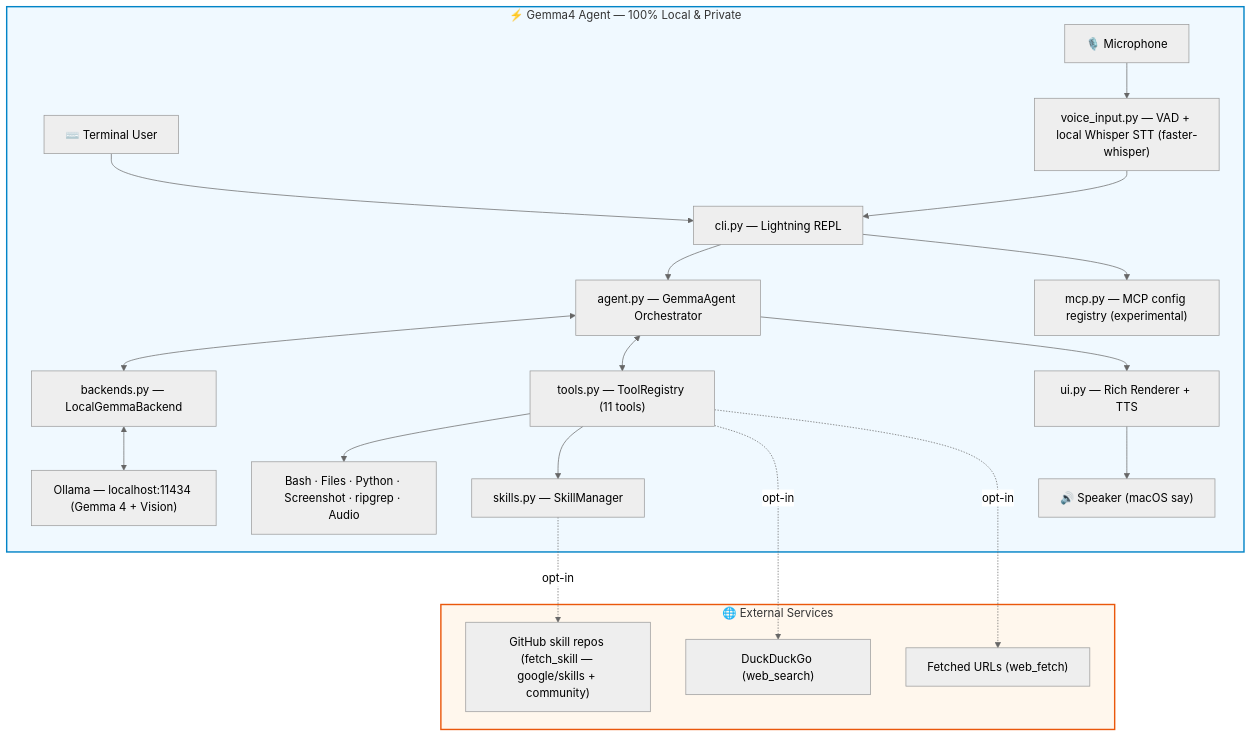
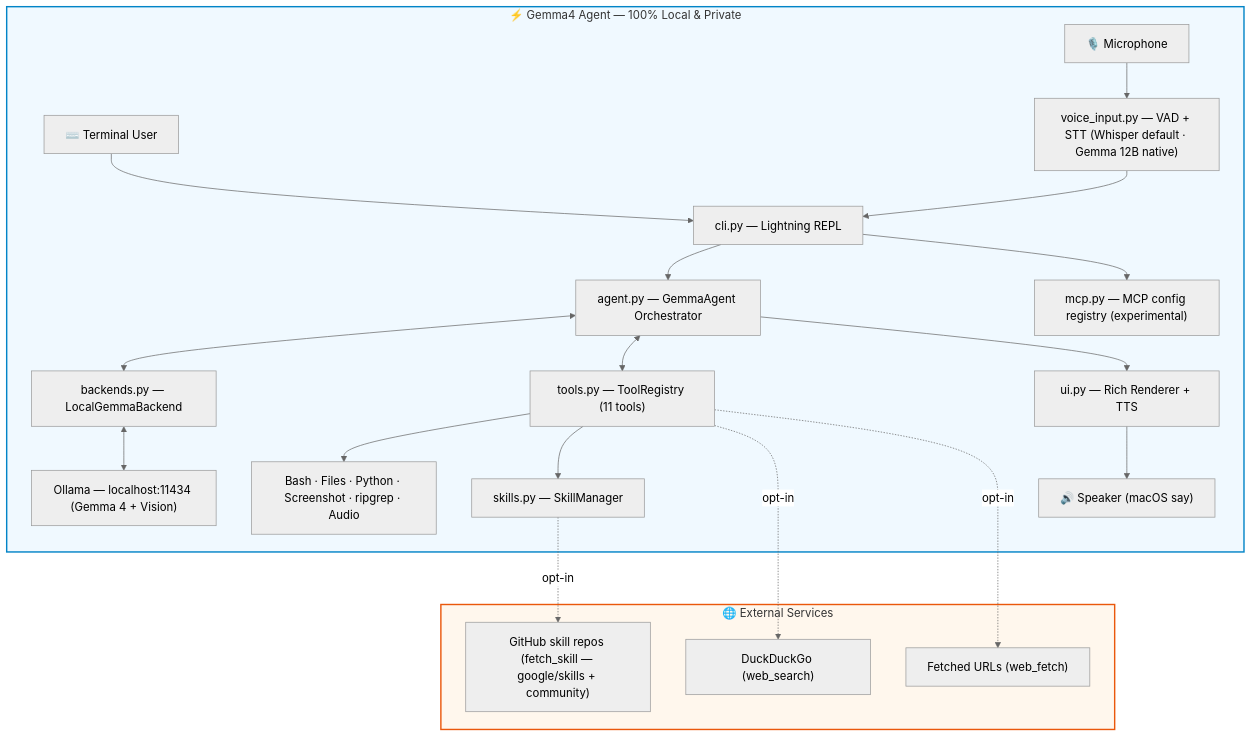
The diagram in README.md (arjunprabhulal/gemma4-agent), drawn with Mermaid before and after one commit. The commit also changed other lines of this file and 1 other file, not shown here.

Commit message:
docs: voice engine pairing guidance across README, diagram, and changelog

````diff
--- a/README.md
+++ b/README.md
@@ -186,28 +186,28 @@
 ```mermaid
 %%{init: {'theme': 'neutral'}}%%
 graph TD
     subgraph LOCAL["⚡ Gemma4 Agent — 100% Local & Private"]
         User["⌨️ Terminal User"] --> CLI["cli.py — Lightning REPL"]
-        Mic["🎙️ Microphone"] --> Voice["voice_input.py — VAD + local Whisper STT (faster-whisper)"]
+        Mic["🎙️ Microphone"] --> Voice["voice_input.py — VAD + STT (Whisper default · Gemma 12B native)"]
         Voice --> CLI
         CLI --> Agent["agent.py — GemmaAgent Orchestrator"]
         Agent <--> Backend["backends.py — LocalGemmaBackend"]
         Backend <--> Ollama["Ollama — localhost:11434 (Gemma 4 + Vision)"]
         Agent <--> Registry["tools.py — ToolRegistry (11 tools)"]
         Registry --> SystemTools["Bash · Files · Python · Screenshot · ripgrep · Audio"]
         Registry --> Skills["skills.py — SkillManager"]
         CLI --> MCP["mcp.py — MCP config registry (experimental)"]
         Agent --> UI["ui.py — Rich Renderer + TTS"]
         UI --> Speaker["🔊 Speaker (macOS say)"]
     end
     subgraph NET["🌐 External Services"]
         DDG["DuckDuckGo (web_search)"]
         Web["Fetched URLs (web_fetch)"]
         GitHub["GitHub skill repos (fetch_skill — google/skills + community)"]
     end
     Registry -. "opt-in" .-> DDG
     Registry -. "opt-in" .-> Web
     Skills -. "opt-in" .-> GitHub
     style LOCAL fill:#f0f9ff,stroke:#0284c7,stroke-width:2px
     style NET fill:#fff7ed,stroke:#ea580c,stroke-width:2px
 ```
````
